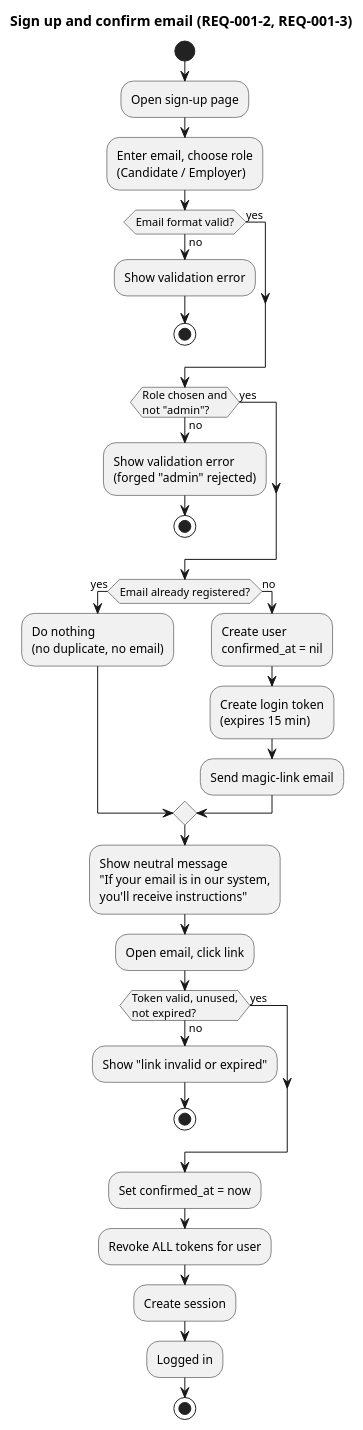
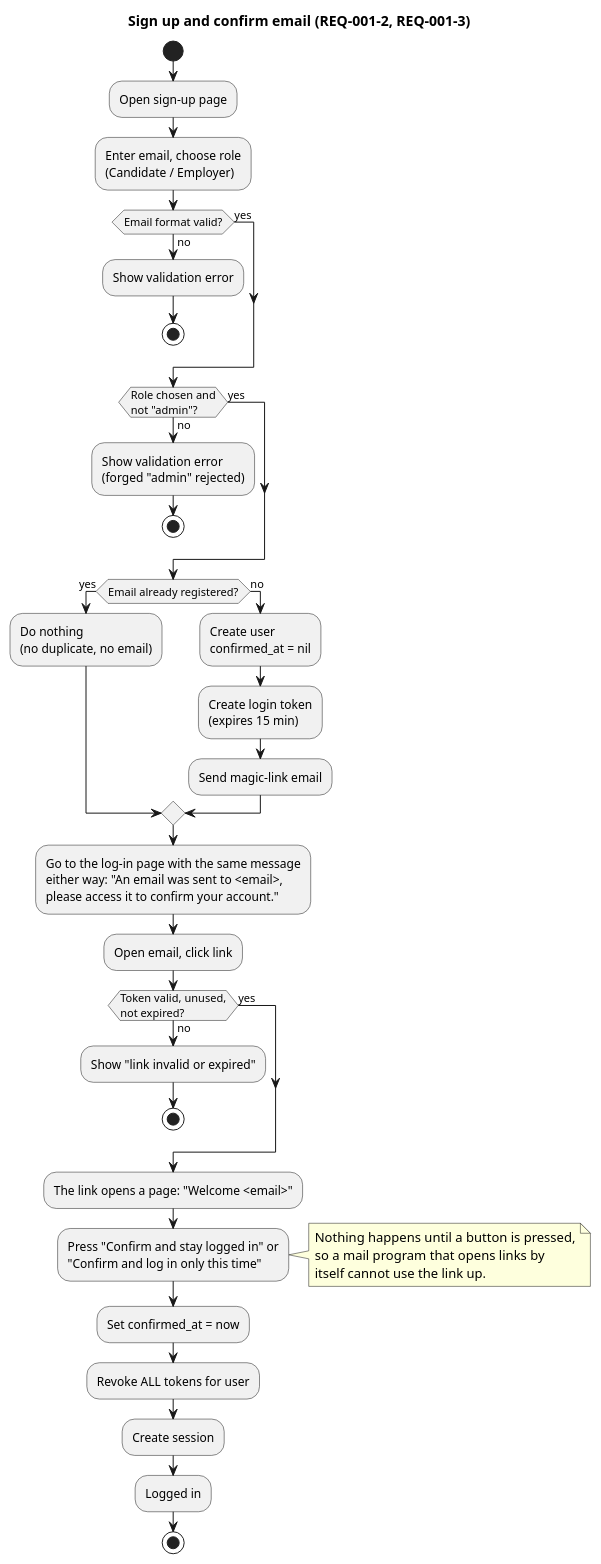
The diagram in docs/specs/001-accounts-authentication/diagrams/activity-signup.puml (raseniero/jairojobs-elixir), drawn with PlantUML before and after one commit. The commit also changed 8 other files, not shown here.

Commit message:
docs(spec 001): diagrams brought in line with the built screens; the emailed link is opened and confirmed (REQ-001-3, REQ-001-4)

```diff
--- a/docs/specs/001-accounts-authentication/diagrams/activity-signup.puml
+++ b/docs/specs/001-accounts-authentication/diagrams/activity-signup.puml
@@ -1,46 +1,54 @@
 @startuml activity-signup
 ' Spec 001 — sign up and confirm (REQ-001-2, REQ-001-3)
 title Sign up and confirm email (REQ-001-2, REQ-001-3)
 
 start
 :Open sign-up page;
 :Enter email, choose role
 (Candidate / Employer);
 if (Email format valid?) then (no)
   :Show validation error;
   stop
 else (yes)
 endif
 if (Role chosen and
 not "admin"?) then (no)
   :Show validation error
   (forged "admin" rejected);
   stop
 else (yes)
 endif
 if (Email already registered?) then (yes)
   :Do nothing
   (no duplicate, no email);
 else (no)
   :Create user
   confirmed_at = nil;
   :Create login token
   (expires 15 min);
   :Send magic-link email;
 endif
-:Show neutral message
-"If your email is in our system,
-you'll receive instructions";
+:Go to the log-in page with the same message
+either way: "An email was sent to <email>,
+please access it to confirm your account.";
 :Open email, click link;
 if (Token valid, unused,
 not expired?) then (no)
   :Show "link invalid or expired";
   stop
 else (yes)
 endif
+:The link opens a page: "Welcome <email>";
+:Press "Confirm and stay logged in" or
+"Confirm and log in only this time";
+note right
+  Nothing happens until a button is pressed,
+  so a mail program that opens links by
+  itself cannot use the link up.
+end note
 :Set confirmed_at = now;
 :Revoke ALL tokens for user;
 :Create session;
 :Logged in;
 stop
 @enduml
```
